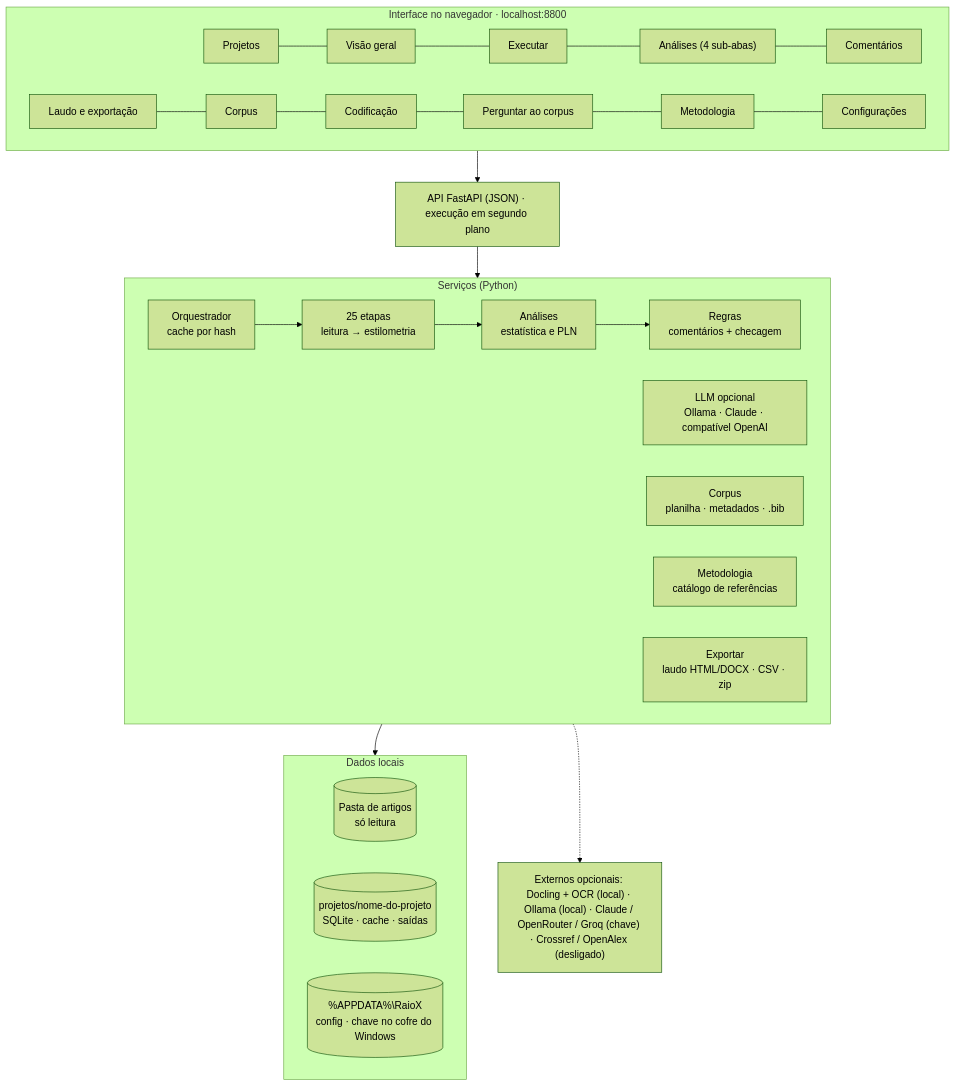
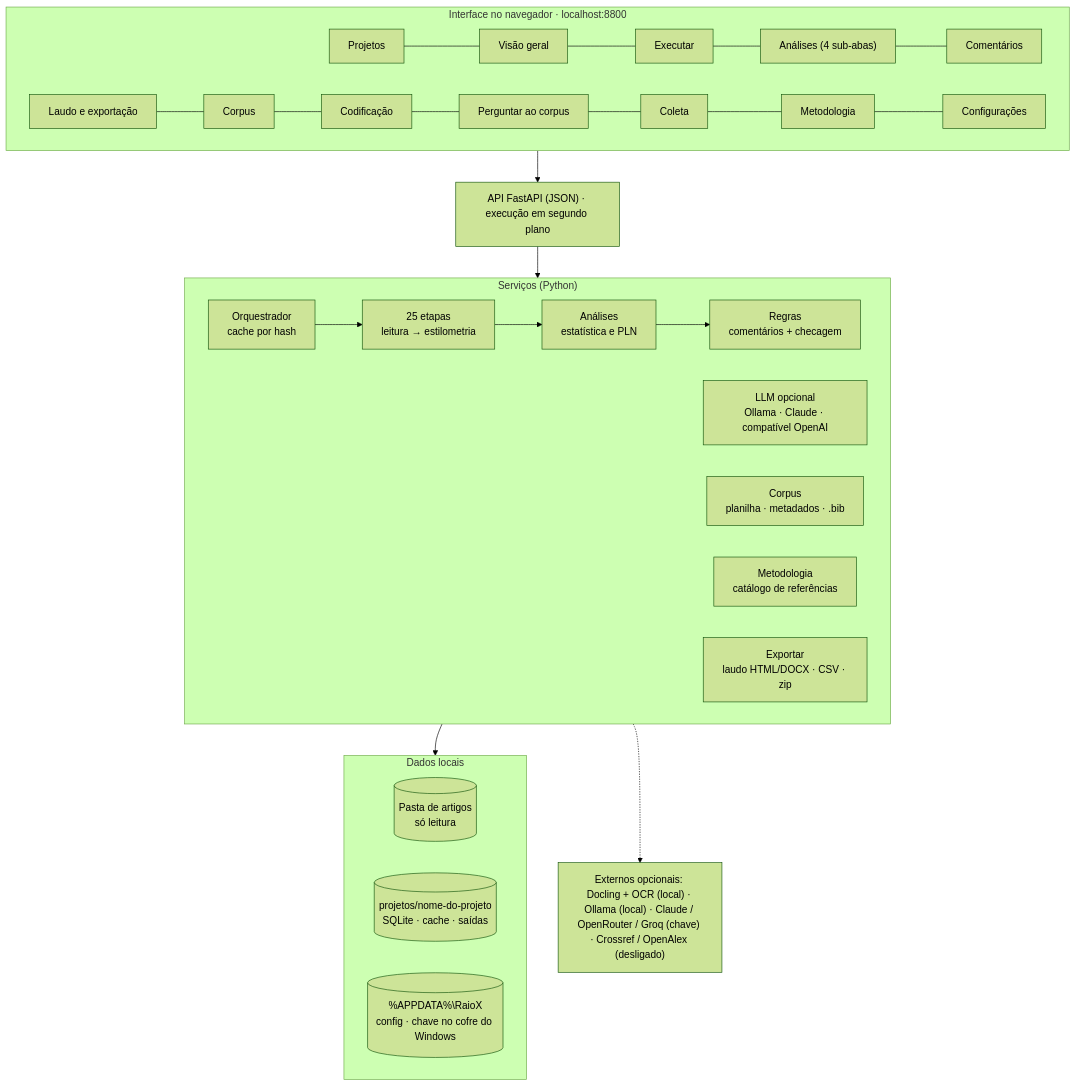
The first of 2 diagrams in README.md (fariaswladimir/raio-x), drawn with Mermaid (forest theme) before and after one commit. The commit also changed other lines of this file and 19 other files, not shown here.

````diff
--- a/README.md
+++ b/README.md
@@ -52,28 +52,28 @@
 ```mermaid
 flowchart TB
     subgraph UI["Interface no navegador · localhost:8800"]
         direction LR
         U1[Projetos] --- U2[Visão geral] --- U3[Executar] --- U4["Análises (4 sub-abas)"] --- U5[Comentários]
-        U6[Laudo e exportação] --- U7[Corpus] --- U8[Codificação] --- U9[Perguntar ao corpus] --- U10[Metodologia] --- U11[Configurações]
+        U6[Laudo e exportação] --- U7[Corpus] --- U8[Codificação] --- U9[Perguntar ao corpus] --- U12[Coleta] --- U10[Metodologia] --- U11[Configurações]
     end
     API["API FastAPI (JSON) · execução em segundo plano"]
     subgraph SRV["Serviços (Python)"]
         direction LR
         S1["Orquestrador<br/>cache por hash"] --> S2["25 etapas<br/>leitura → estilometria"]
         S2 --> S3["Análises<br/>estatística e PLN"]
         S3 --> S4["Regras<br/>comentários + checagem"]
         S5["LLM opcional<br/>Ollama · Claude · compatível OpenAI"]
         S6["Corpus<br/>planilha · metadados · .bib"]
         S7["Metodologia<br/>catálogo de referências"]
         S8["Exportar<br/>laudo HTML/DOCX · CSV · zip"]
     end
     subgraph DADOS["Dados locais"]
         direction LR
         D1[("Pasta de artigos<br/>só leitura")]
         D2[("projetos/nome-do-projeto<br/>SQLite · cache · saídas")]
         D3[("%APPDATA%\RaioX<br/>config · chave no cofre do Windows")]
     end
     EXT["Externos opcionais: Docling + OCR (local) · Ollama (local) · Claude / OpenRouter / Groq (chave) · Crossref / OpenAlex (desligado)"]
     UI --> API --> SRV --> DADOS
     SRV -.-> EXT
 ```
````
